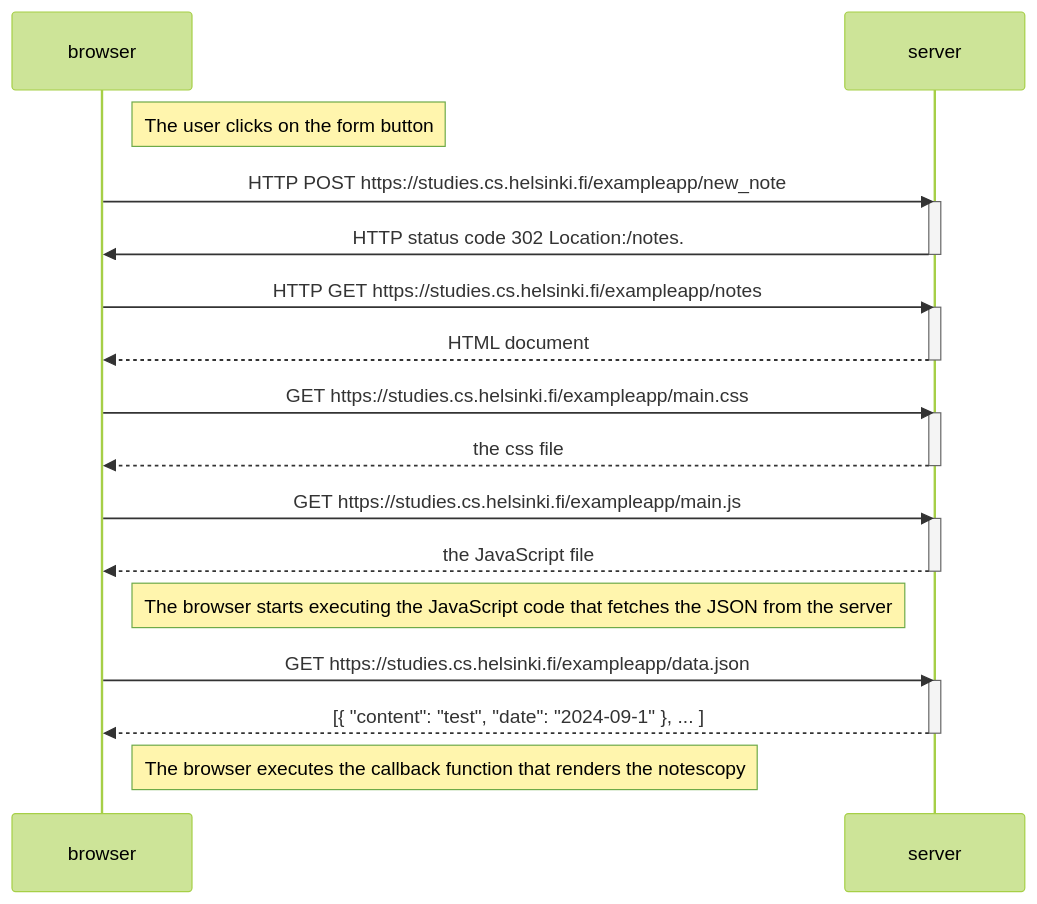
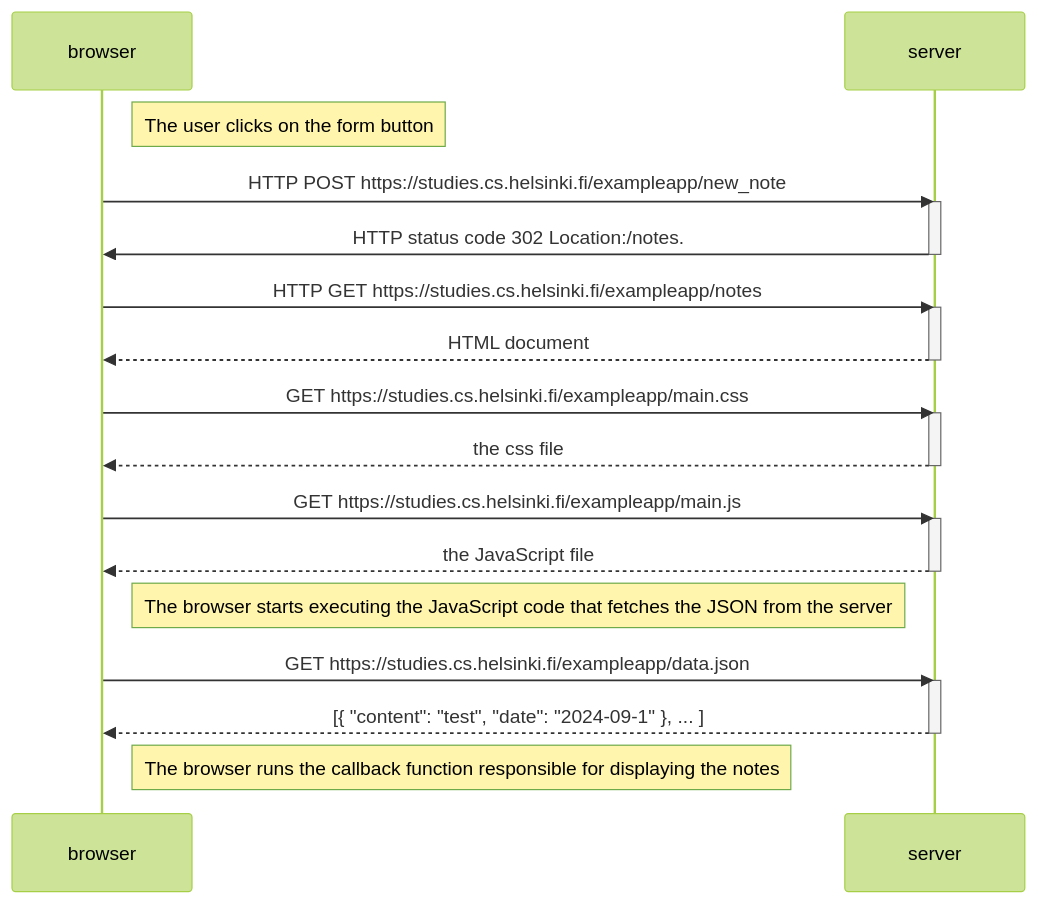
One commit to sloper00/FullstackOpen changed the diagram in part0/0.4_NewNoteDiagram.md. Above: the diagram before and after it, drawn with Mermaid (forest theme).

````diff
--- a/part0/0.4_NewNoteDiagram.md
+++ b/part0/0.4_NewNoteDiagram.md
@@ -1,37 +1,37 @@
 ```mermaid
  sequenceDiagram
     participant browser
     participant server
 
 Note right of browser:The user clicks on the form button
 browser->>server: HTTP POST https://studies.cs.helsinki.fi/exampleapp/new_note
 activate server
 server->>browser: HTTP status code 302 Location:/notes.
 deactivate server
 
 browser->>server: HTTP GET https://studies.cs.helsinki.fi/exampleapp/notes
 activate server
 server-->>browser: HTML document
 deactivate server
 
 browser->>server: GET https://studies.cs.helsinki.fi/exampleapp/main.css
 activate server
 server-->>browser: the css file
 deactivate server
 
 browser->>server: GET https://studies.cs.helsinki.fi/exampleapp/main.js
 activate server
 server-->>browser: the JavaScript file
 deactivate server
 
 Note right of browser: The browser starts executing the JavaScript code that fetches the JSON from the server
 
 browser->>server: GET https://studies.cs.helsinki.fi/exampleapp/data.json
 activate server
 server-->>browser: [{ "content": "test", "date": "2024-09-1" }, ... ]
 deactivate server
 
-Note right of browser: The browser executes the callback function that renders the notescopy
+Note right of browser: The browser runs the callback function responsible for displaying the notes
 
 
 ```
````
